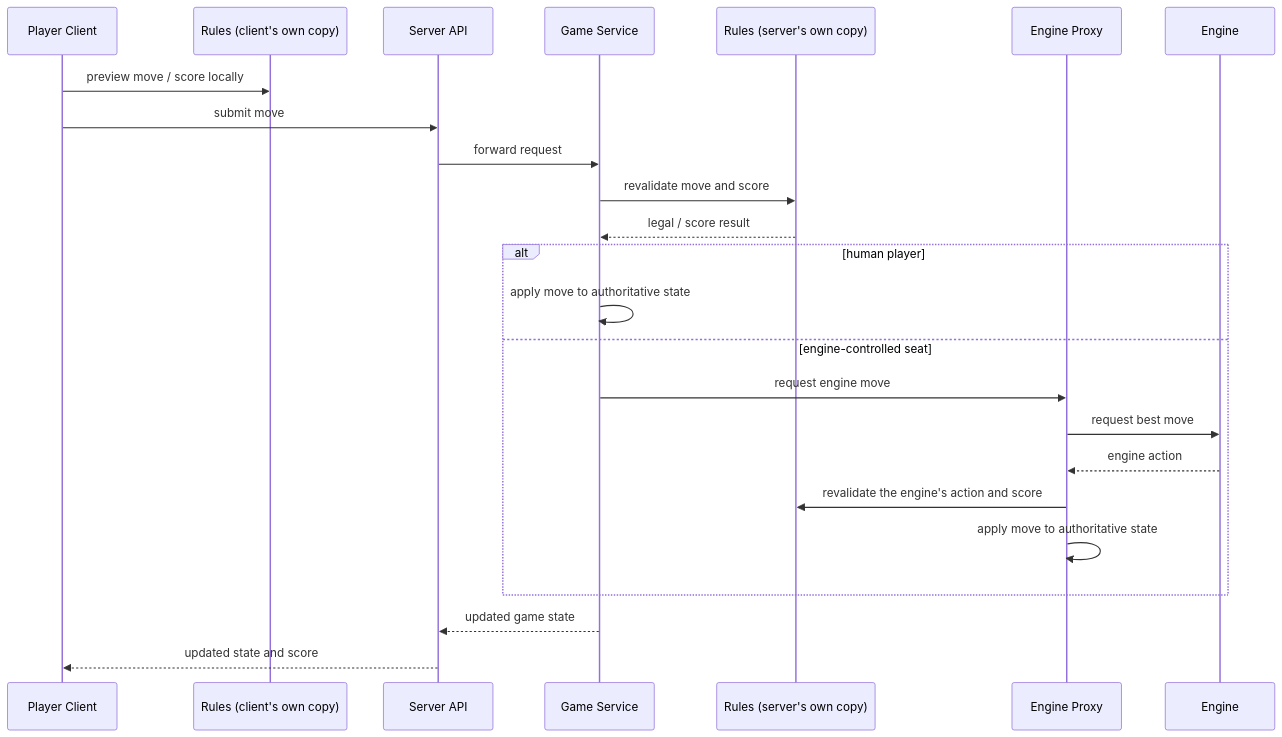
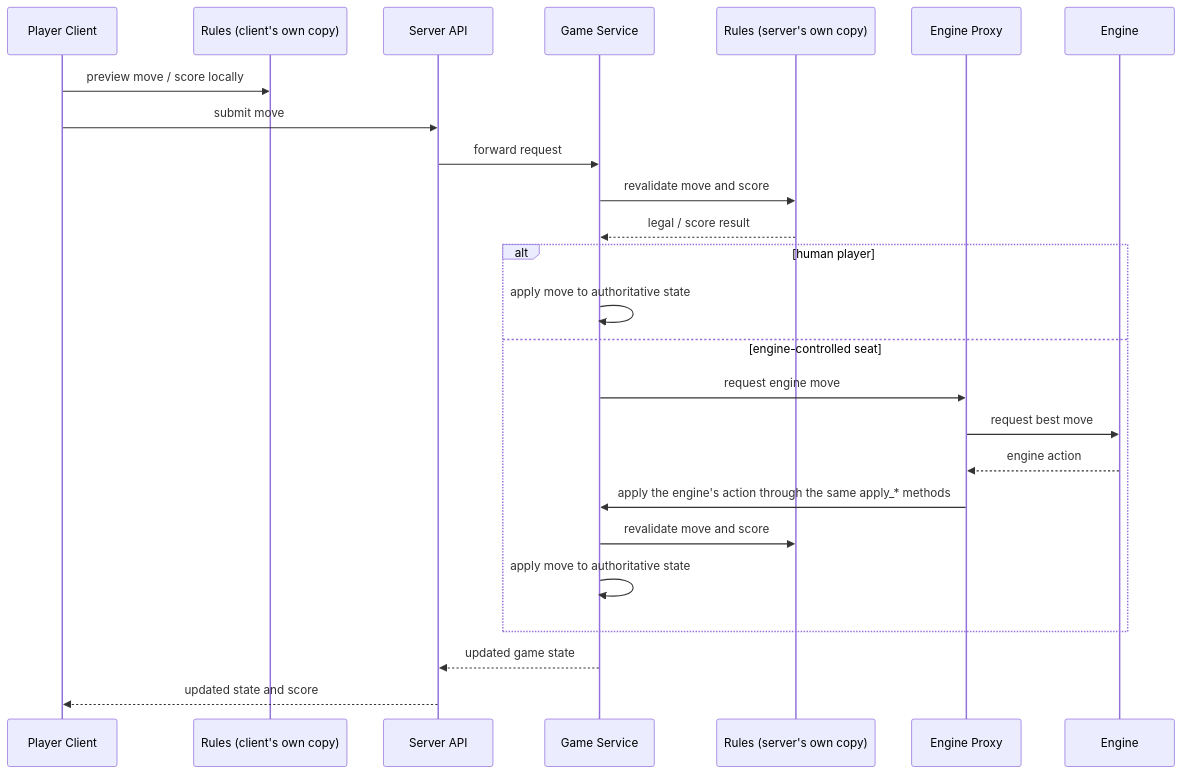
The diagram in docs/4.1.2-components-and-interactions.md (delphside/tile-lite-elite), drawn with Mermaid before and after one commit. The commit also changed other lines of this file and 5 other files, not shown here.

````diff
--- a/docs/4.1.2-components-and-interactions.md
+++ b/docs/4.1.2-components-and-interactions.md
@@ -15,27 +15,28 @@
 ```mermaid
 sequenceDiagram
   participant P as Player Client
   participant RC as Rules (client's own copy)
   participant S as Server API
   participant G as Game Service
   participant RS as Rules (server's own copy)
   participant X as Engine Proxy
   participant E as Engine
 
   P->>RC: preview move / score locally
   P->>S: submit move
   S->>G: forward request
   G->>RS: revalidate move and score
   RS-->>G: legal / score result
   alt human player
     G->>G: apply move to authoritative state
   else engine-controlled seat
     G->>X: request engine move
     X->>E: request best move
     E-->>X: engine action
-    X->>RS: revalidate the engine's action and score
-    X->>X: apply move to authoritative state
+    X->>G: apply the engine's action through the same apply_* methods
+    G->>RS: revalidate move and score
+    G->>G: apply move to authoritative state
   end
   G-->>S: updated game state
   S-->>P: updated state and score
 ```
````
